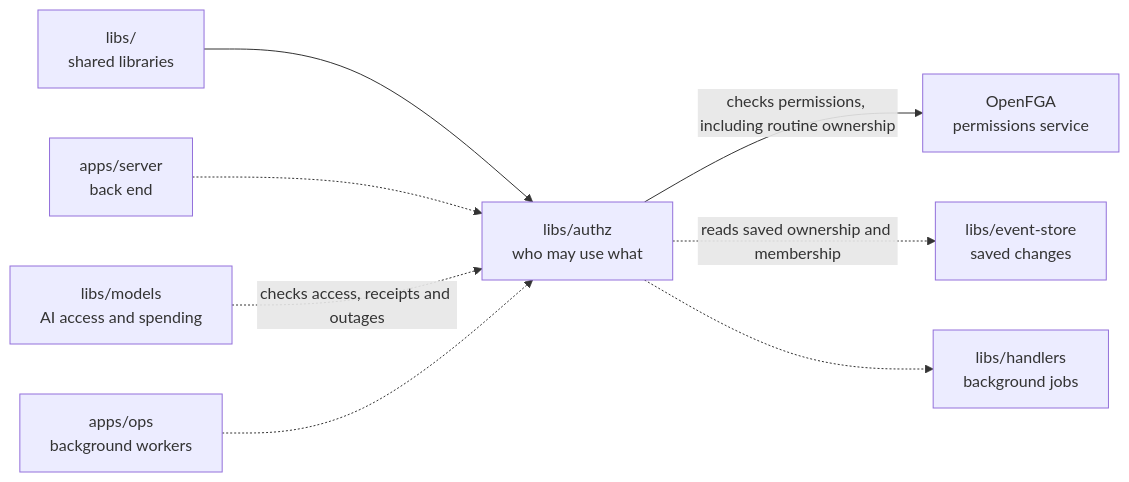
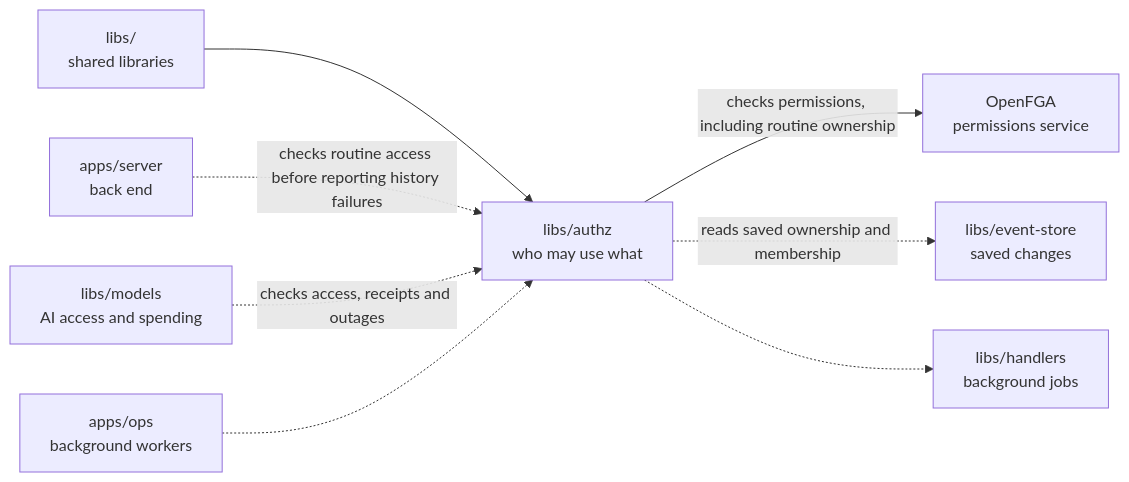
The diagram in libs/authz/README.md (elewa-git/opencrane-new), drawn with Mermaid before and after one commit. The commit also changed other lines of this file and 11 other files, not shown here.

````diff
--- a/libs/authz/README.md
+++ b/libs/authz/README.md
@@ -20,10 +20,10 @@
 ```mermaid
 flowchart LR
   parent["libs/<br/>shared libraries"] --> authz["libs/authz<br/>who may use what"]
-  server["apps/server<br/>back end"] -.-> authz
+  server["apps/server<br/>back end"] -.->|checks routine access before reporting history failures| authz
   models["libs/models<br/>AI access and spending"] -.->|checks access, receipts and outages| authz
   ops["apps/ops<br/>background workers"] -.-> authz
   authz -->|checks permissions, including routine ownership| fga["OpenFGA<br/>permissions service"]
   authz -.->|reads saved ownership and membership| store["libs/event-store<br/>saved changes"]
   authz -.-> handlers["libs/handlers<br/>background jobs"]
 ```
````
